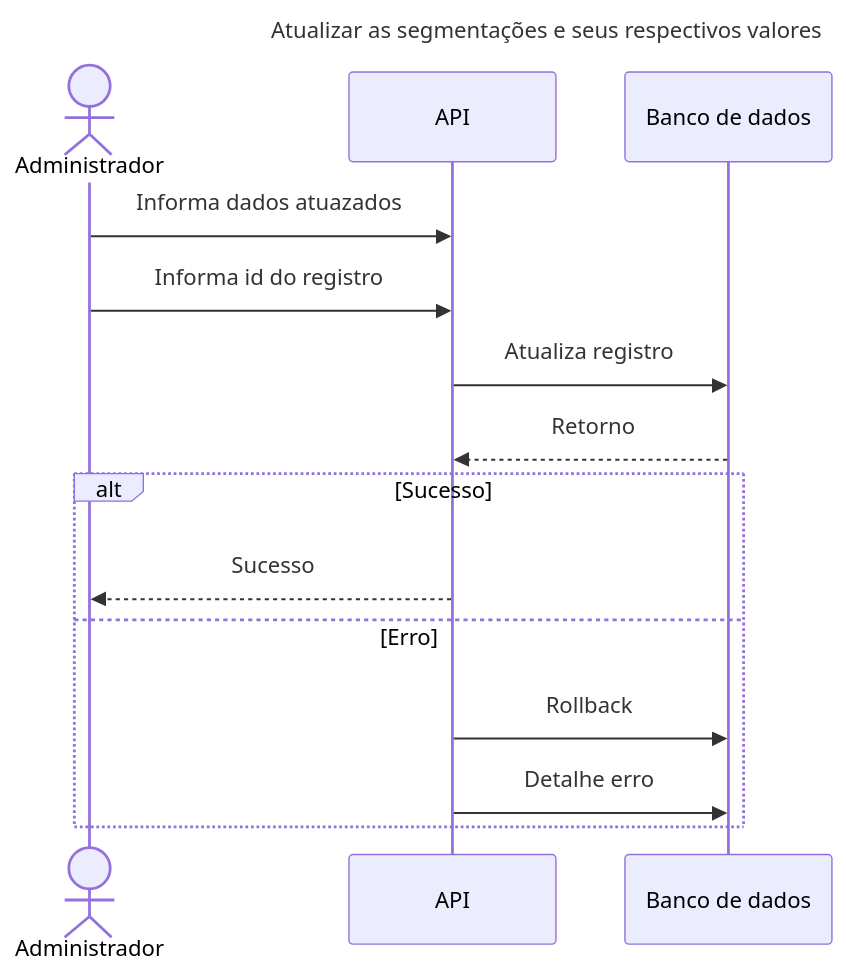
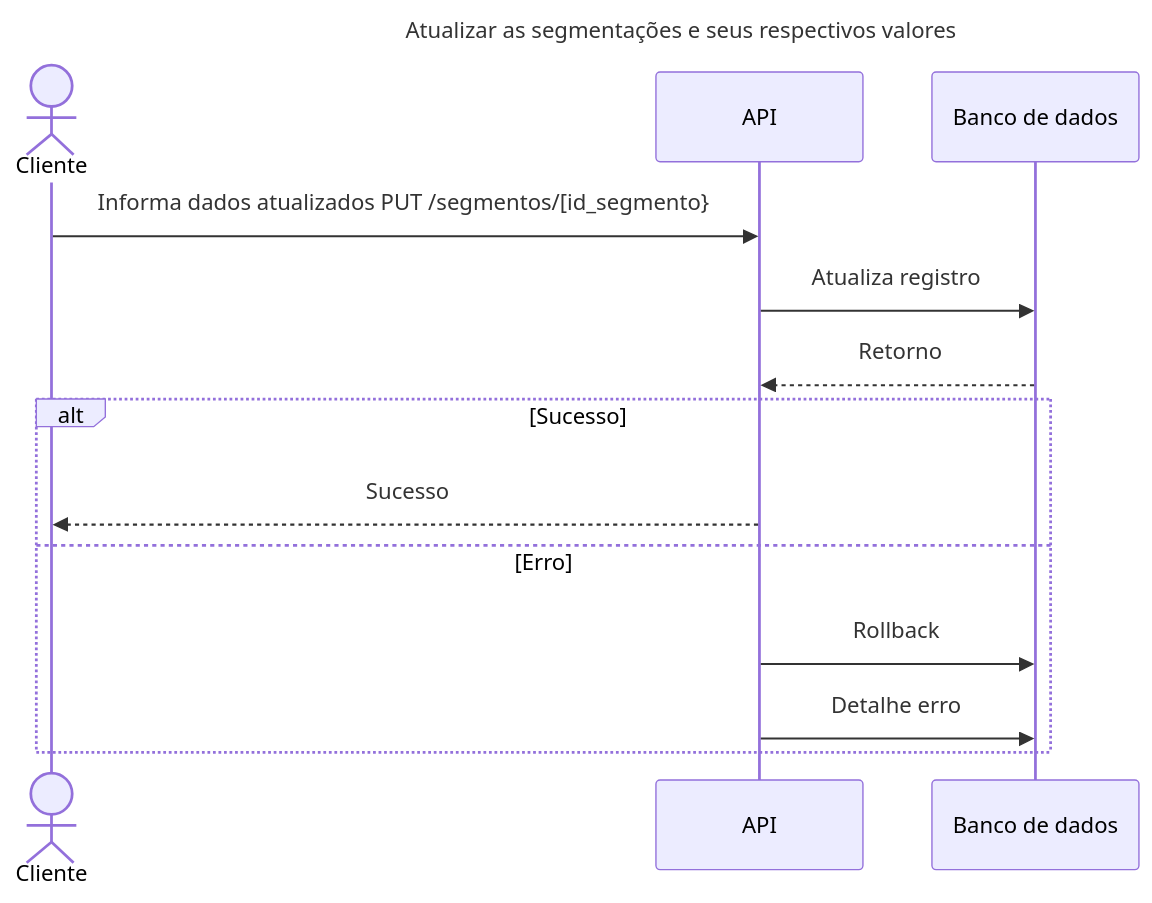
Before and after one commit to brgilsonsp/corrida_familia_piba: the diagram in designer/diagrams/features/update_segment.md, drawn with Mermaid. The commit also changed 9 other files, not shown here.

````diff
--- a/designer/diagrams/features/update_segment.md
+++ b/designer/diagrams/features/update_segment.md
@@ -1,19 +1,18 @@
 ```mermaid
 sequenceDiagram
     title Atualizar as segmentações e seus respectivos valores
 
-    actor Admin as Administrador
+    actor Client as Cliente
     participant API as API
     participant DB as Banco de dados
 
-    Admin->>API: Informa dados atuazados
-    Admin->>API: Informa id do registro
+    Client->>API: Informa dados atualizados PUT /segmentos/[id_segmento}
     API->>DB: Atualiza registro
     DB-->>API: Retorno
     alt Sucesso
-        API-->>Admin: Sucesso
+        API-->>Client: Sucesso
     else Erro
         API->>DB: Rollback
         API->>DB: Detalhe erro
     end
 ```
````
